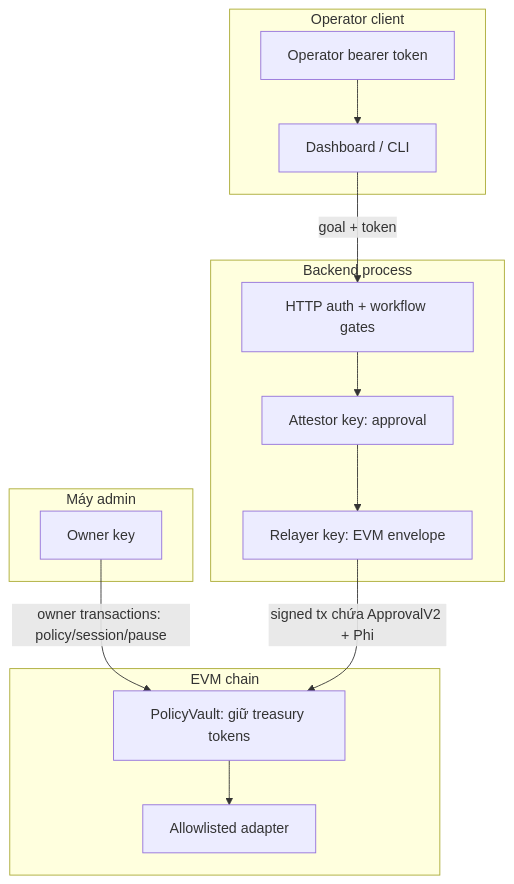
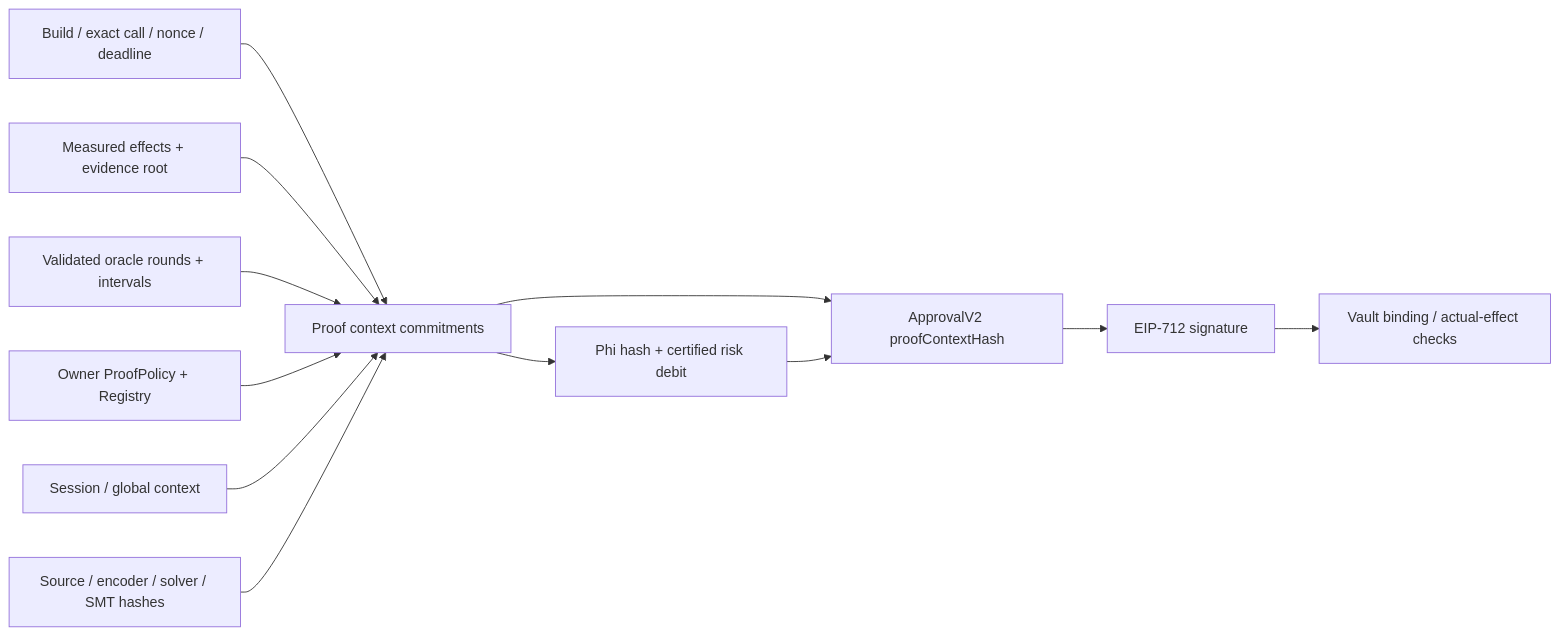
The fifth of 10 diagrams in docs/AI_Treasury_Security_System_Design_v2.1.md (ursuswh-metamorphic/PaceVant), drawn with Mermaid before and after one commit. The commit also changed other lines of this file and 132 other files, not shown here.

````diff
--- a/docs/AI_Treasury_Security_System_Design_v2.1.md
+++ b/docs/AI_Treasury_Security_System_Design_v2.1.md
@@ -249,26 +559,14 @@
 ```mermaid
-flowchart TB
-  subgraph ADMIN["Máy admin"]
-    O["Owner key"]
-  end
-  subgraph CLIENT["Operator client"]
-    UI["Dashboard / CLI"]
-    OT["Operator bearer token"]
-    OT --> UI
-  end
-  subgraph SERVER["Backend process"]
-    AUTH["HTTP auth + workflow gates"]
-    AK["Attestor key: approval"]
-    RK["Relayer key: EVM envelope"]
-    AUTH --> AK
-    AK --> RK
-  end
-  subgraph CHAIN["EVM chain"]
-    V["PolicyVault: giữ treasury tokens"]
-    AD["Allowlisted adapter"]
-    V --> AD
-  end
-  UI -->|"goal + token"| AUTH
-  O -->|"owner transactions: policy/session/pause"| V
-  RK -->|"signed tx chứa ApprovalV2 + Phi"| V
+flowchart LR
+  B["Build / exact call / nonce / deadline"] --> PC["Proof context commitments"]
+  E["Measured effects + evidence root"] --> PC
+  O["Validated oracle rounds + intervals"] --> PC
+  P["Owner ProofPolicy + Registry"] --> PC
+  S["Session / global context"] --> PC
+  Q["Source / encoder / solver / SMT hashes"] --> PC
+  PC --> A["ApprovalV2 proofContextHash"]
+  PC --> PH["Phi hash + certified risk debit"]
+  PH --> A
+  A --> SIG["EIP-712 signature"]
+  SIG --> V["Vault binding / actual-effect checks"]
 ```
````
